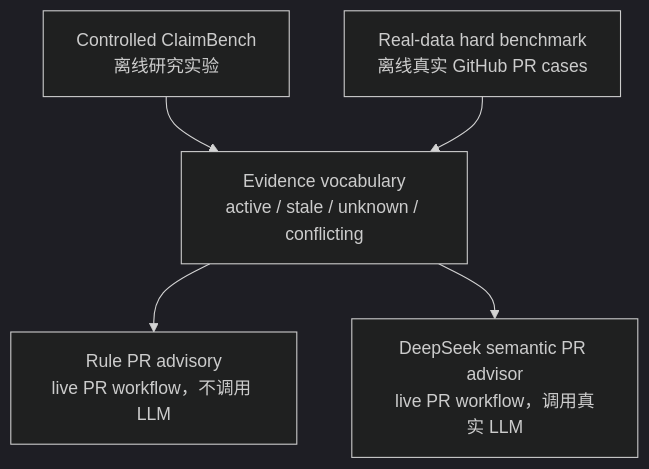
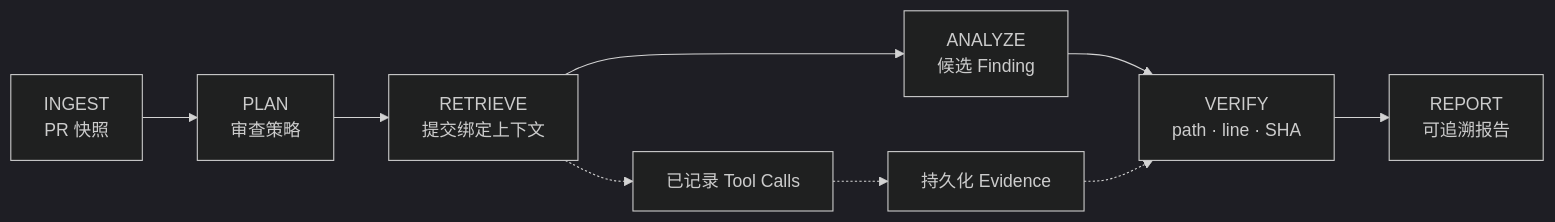
Before and after one commit to Chloiris/TraceGate-Eval: the third of 4 diagrams in docs/README_CN.md, drawn with Mermaid (dark theme). The commit also changed other lines of this file and 261 other files, not shown here.

````diff
--- a/docs/README_CN.md
+++ b/docs/README_CN.md
@@ -49,12 +116,12 @@
 ```mermaid
-flowchart TD
-    A["Controlled ClaimBench<br/>离线研究实验"]
-    B["Real-data hard benchmark<br/>离线真实 GitHub PR cases"]
-    C["Rule PR advisory<br/>live PR workflow，不调用 LLM"]
-    D["DeepSeek semantic PR advisor<br/>live PR workflow，调用真实 LLM"]
+flowchart LR
+  I["INGEST<br/>PR 快照"] --> P["PLAN<br/>审查策略"]
+  P --> R["RETRIEVE<br/>提交绑定上下文"]
+  R --> A["ANALYZE<br/>候选 Finding"]
+  A --> V["VERIFY<br/>path · line · SHA"]
+  V --> O["REPORT<br/>可追溯报告"]
 
-    A --> E["Evidence vocabulary<br/>active / stale / unknown / conflicting"]
-    B --> E
-    E --> C
-    E --> D
+  R -.-> T["已记录 Tool Calls"]
+  T -.-> E["持久化 Evidence"]
+  E -.-> V
 ```
````
